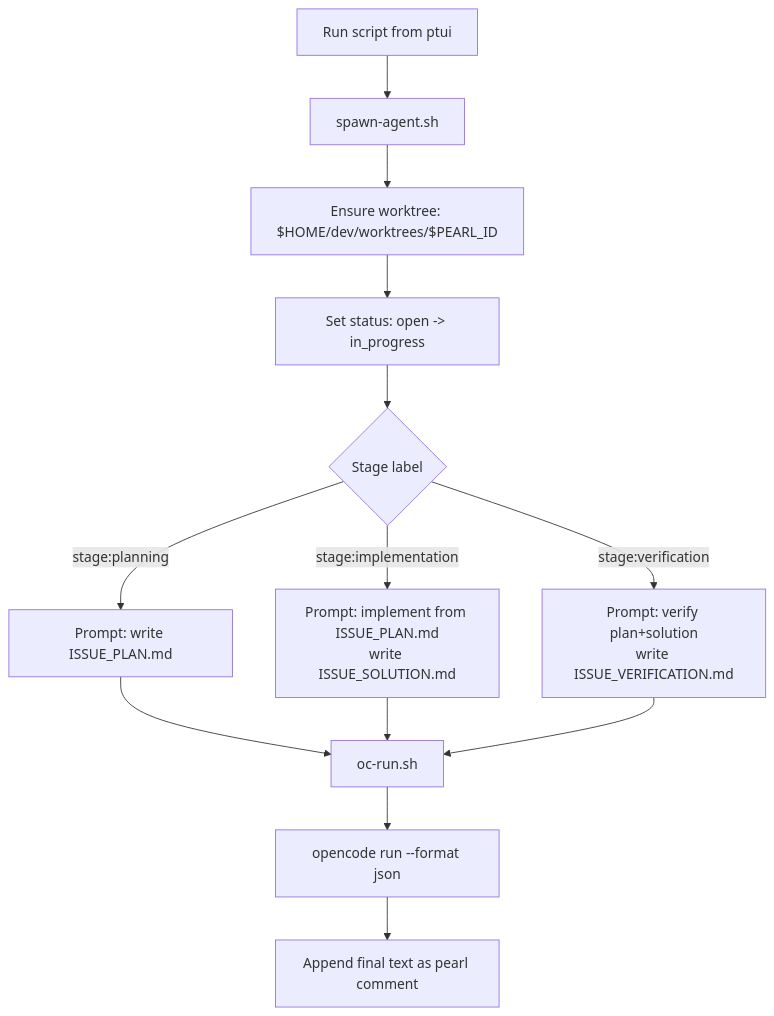
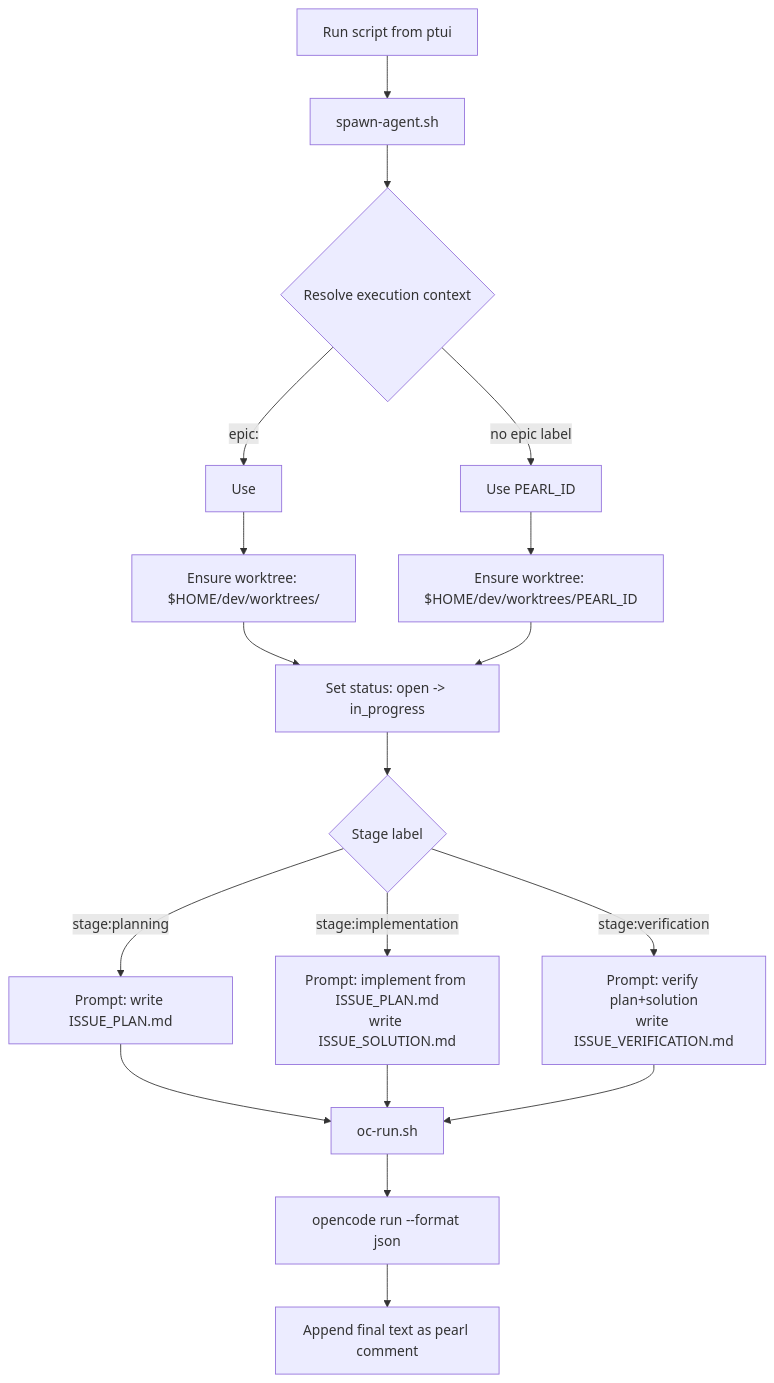
One commit to mrorigo/pearls-bash-tui changed the second of 2 diagrams in README.md. Above: the diagram before and after it, drawn with Mermaid. The commit also changed other lines of this file and 2 other files, not shown here.

Commit message:
feat: epic-scoped execution context

````diff
--- a/README.md
+++ b/README.md
@@ -258,18 +265,23 @@
 ```mermaid
 flowchart TD
     A[Run script from ptui] --> B[spawn-agent.sh]
-    B --> C[Ensure worktree: $HOME/dev/worktrees/$PEARL_ID]
-    C --> D[Set status: open -> in_progress]
+    B --> C{Resolve execution context}
+    C -->|epic:<id>| C1[Use <id>]
+    C -->|no epic label| C2[Use PEARL_ID]
+    C1 --> C3[Ensure worktree: $HOME/dev/worktrees/<id>]
+    C2 --> C4[Ensure worktree: $HOME/dev/worktrees/PEARL_ID]
+    C3 --> D[Set status: open -> in_progress]
+    C4 --> D
     D --> E{Stage label}
 
     E -->|stage:planning| P[Prompt: write ISSUE_PLAN.md]
     E -->|stage:implementation| I[Prompt: implement from ISSUE_PLAN.md\nwrite ISSUE_SOLUTION.md]
     E -->|stage:verification| V[Prompt: verify plan+solution\nwrite ISSUE_VERIFICATION.md]
 
     P --> R[oc-run.sh]
     I --> R
     V --> R
 
     R --> O[opencode run --format json]
     O --> M[Append final text as pearl comment]
 ```
````
